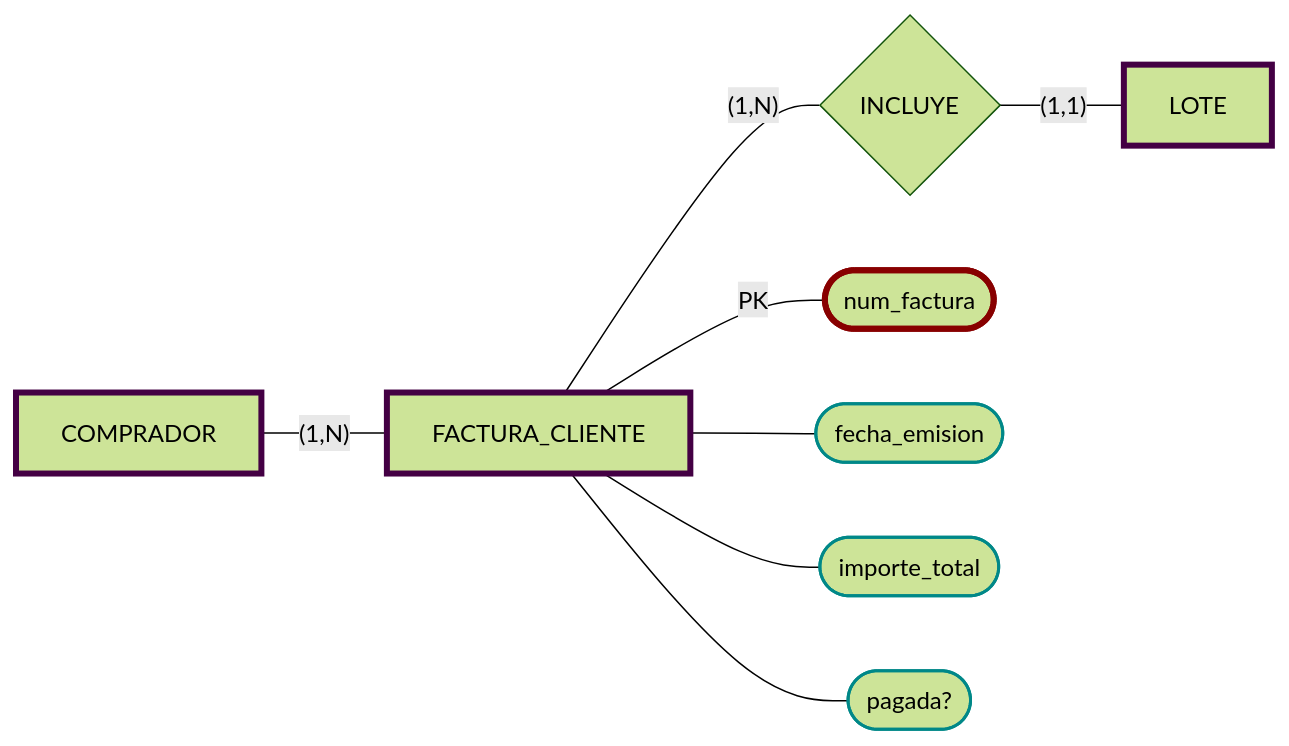
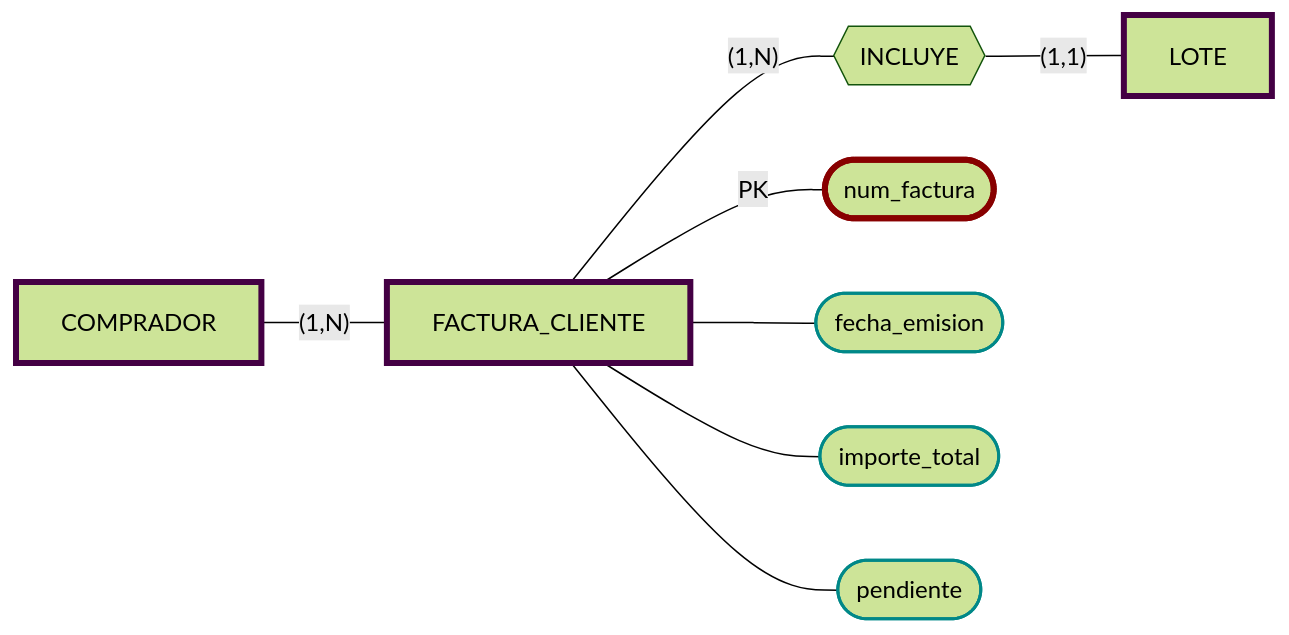
The ninth of 13 diagrams in DataBases/lonja_DB.md (JulTob/Data), drawn with Mermaid (forest theme) before and after one commit. The commit also changed other lines of this file, not shown here.

````diff
--- a/DataBases/lonja_DB.md
+++ b/DataBases/lonja_DB.md
@@ -486,26 +486,26 @@
 ```mermaid
 flowchart LR
   classDef atributo stroke:#088,stroke-width:2px;
   classDef derivado stroke-width:3px, stroke-dasharray:3 3;
   classDef pk stroke:#800,stroke-width:4px;
   classDef fk stroke:#080,stroke-width:4px;
   classDef entidad stroke:#404,stroke-width:4px;
   classDef multientidad stroke:#808,stroke-width:8px;
   classDef pkfk stroke:#880,stroke-width:4px;
 
   Comprador[COMPRADOR]:::entidad
   Factura[FACTURA_CLIENTE]:::entidad
   Lote[LOTE]:::entidad
-  Incluye{INCLUYE}:::relacion
+  Incluye{{INCLUYE}}:::relacion
 
   Factura ---|PK| num_fact([num_factura]):::pk 
   Factura --- fecha_emision([fecha_emision]):::atributo  
   Factura --- importe_total([importe_total]):::atributo 
-  Factura --- estado([pagada?]):::atributo 
+  Factura --- pendiente([pendiente]):::atributo 
 
   Factura ---|"(1,N)"| Incluye
   Incluye ---|"(1,1)"| Lote
 
   Comprador ---|"(1,N)"| Factura
 
 ```
````
